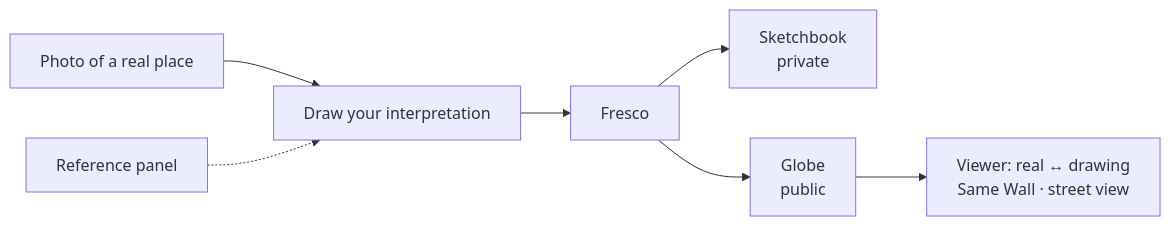
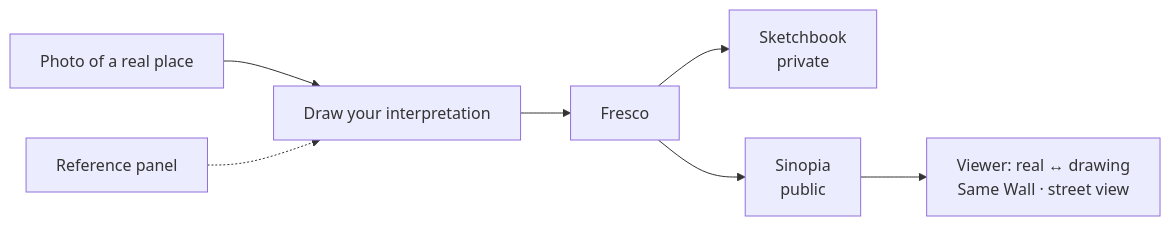
The diagram in README.md (Muj-csv/Sinopia), drawn with Mermaid before and after one commit. The commit also changed other lines of this file, not shown here.

````diff
--- a/README.md
+++ b/README.md
@@ -47,9 +50,9 @@
 ```mermaid
 flowchart LR
   P[Photo of a real place] --> D[Draw your interpretation]
   R[Reference panel] -.-> D
   D --> F[Fresco]
   F --> S[Sketchbook\nprivate]
-  F --> G[Globe\npublic]
+  F --> G[Sinopia\npublic]
   G --> V[Viewer: real ↔ drawing\nSame Wall · street view]
 ```
````
